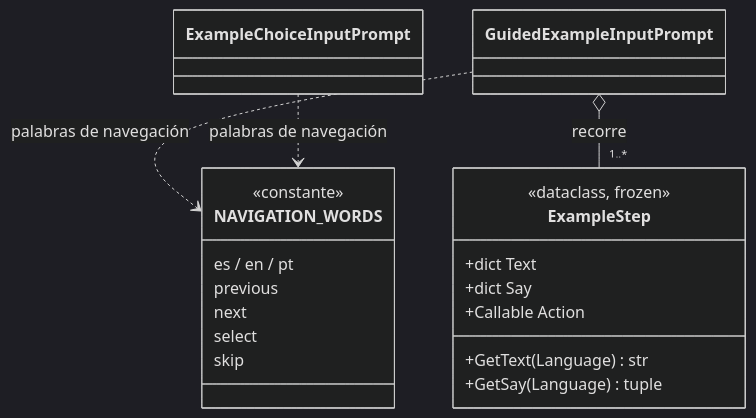
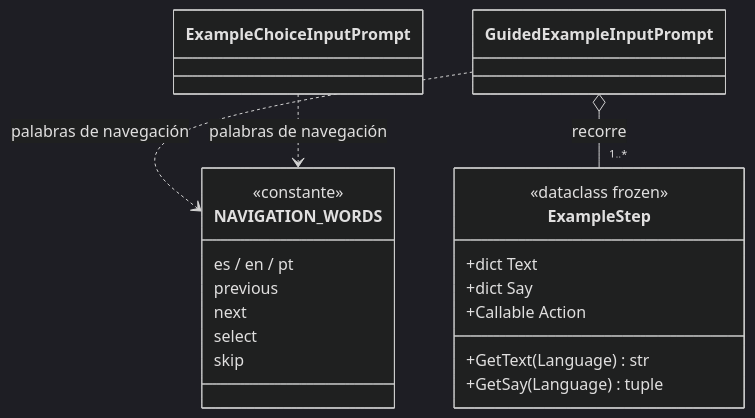
Before and after one commit to DAv-Project-Team-UADER/DAV: the diagram in Dav/docs/diagramas/ExampleStep.md, drawn with Mermaid (dark theme). The commit also changed 12 other files, not shown here.

First line of the commit message:
Docs: revamp dic/CONTEXT and fix diagrams

````diff
--- a/Dav/docs/diagramas/ExampleStep.md
+++ b/Dav/docs/diagramas/ExampleStep.md
@@ -11,27 +11,27 @@
 ```mermaid
 classDiagram
     class ExampleStep {
-        <<dataclass, frozen>>
+        <<dataclass frozen>>
         +dict Text
         +dict Say
         +Callable Action
         +GetText(Language) str
         +GetSay(Language) tuple
     }
 
     class NAVIGATION_WORDS {
         <<constante>>
         es / en / pt
         previous
         next
         select
         skip
     }
 
     class ExampleChoiceInputPrompt
     class GuidedExampleInputPrompt
 
     GuidedExampleInputPrompt o-- "1..*" ExampleStep : recorre
     GuidedExampleInputPrompt ..> NAVIGATION_WORDS : palabras de navegación
     ExampleChoiceInputPrompt ..> NAVIGATION_WORDS : palabras de navegación
 ```
````
